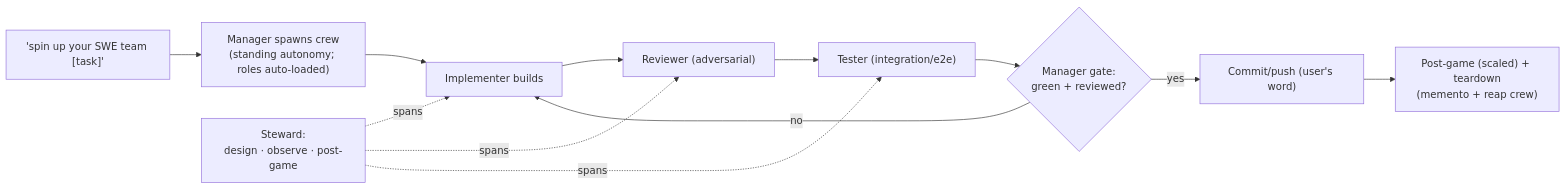
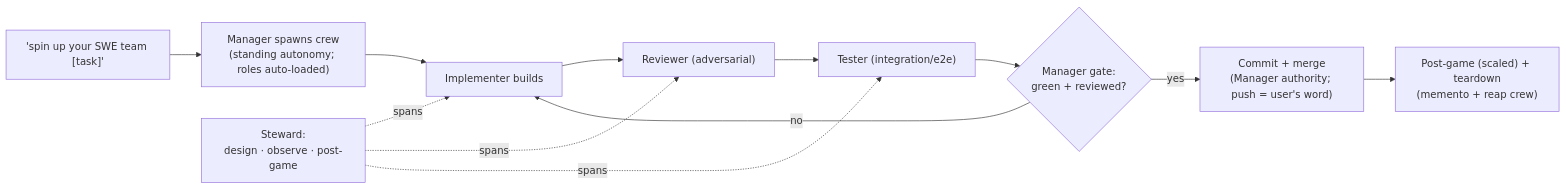
Before and after one commit to deepily/planning-is-prompting: the diagram in workflow/swe-team-spin-up.md, drawn with Mermaid. The commit also changed other lines of this file and 20 other files, not shown here.

````diff
--- a/workflow/swe-team-spin-up.md
+++ b/workflow/swe-team-spin-up.md
@@ -65,14 +65,14 @@
 ```mermaid
 flowchart LR
     D["'spin up your SWE team [task]'"] --> M["Manager spawns crew<br/>(standing autonomy; roles auto-loaded)"]
     M --> I["Implementer builds"]
     I --> R["Reviewer (adversarial)"]
     R --> T["Tester (integration/e2e)"]
     T --> G{"Manager gate:<br/>green + reviewed?"}
     G -- no --> I
-    G -- yes --> C["Commit/push (user's word)"]
+    G -- yes --> C["Commit + merge<br/>(Manager authority; push = user's word)"]
     S["Steward:<br/>design · observe · post-game"] -. spans .-> I
     S -. spans .-> R
     S -. spans .-> T
     C --> PG["Post-game (scaled) + teardown<br/>(memento + reap crew)"]
 ```
````
